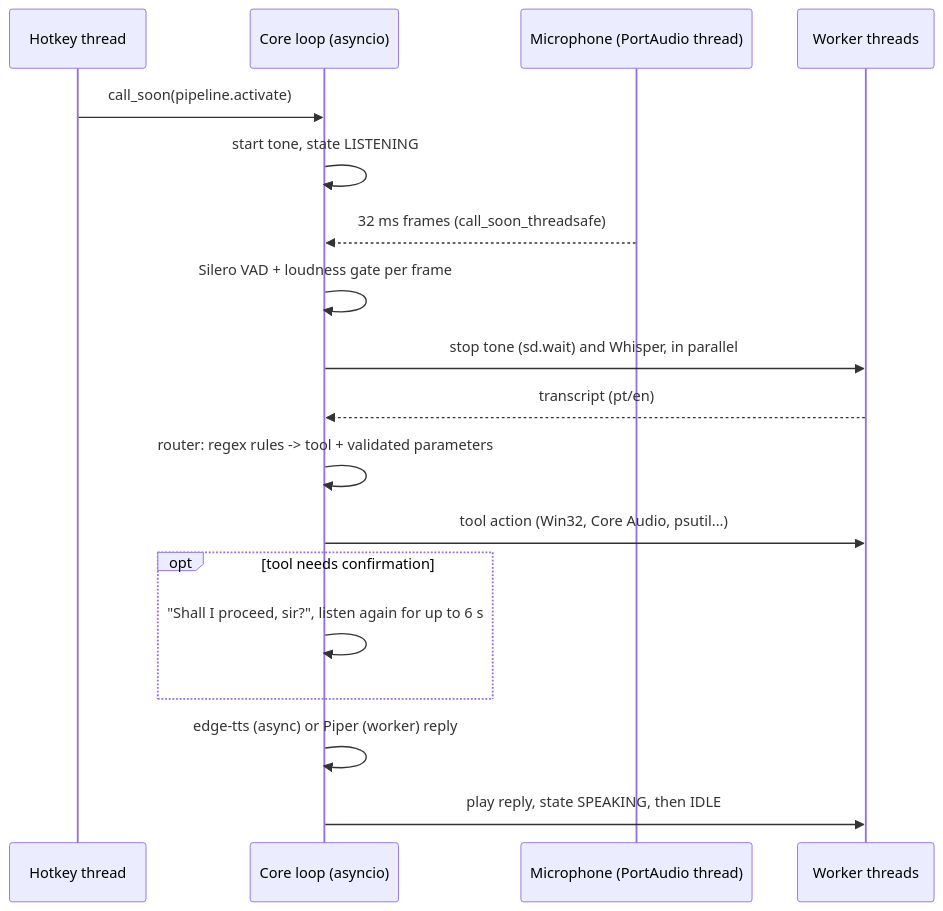
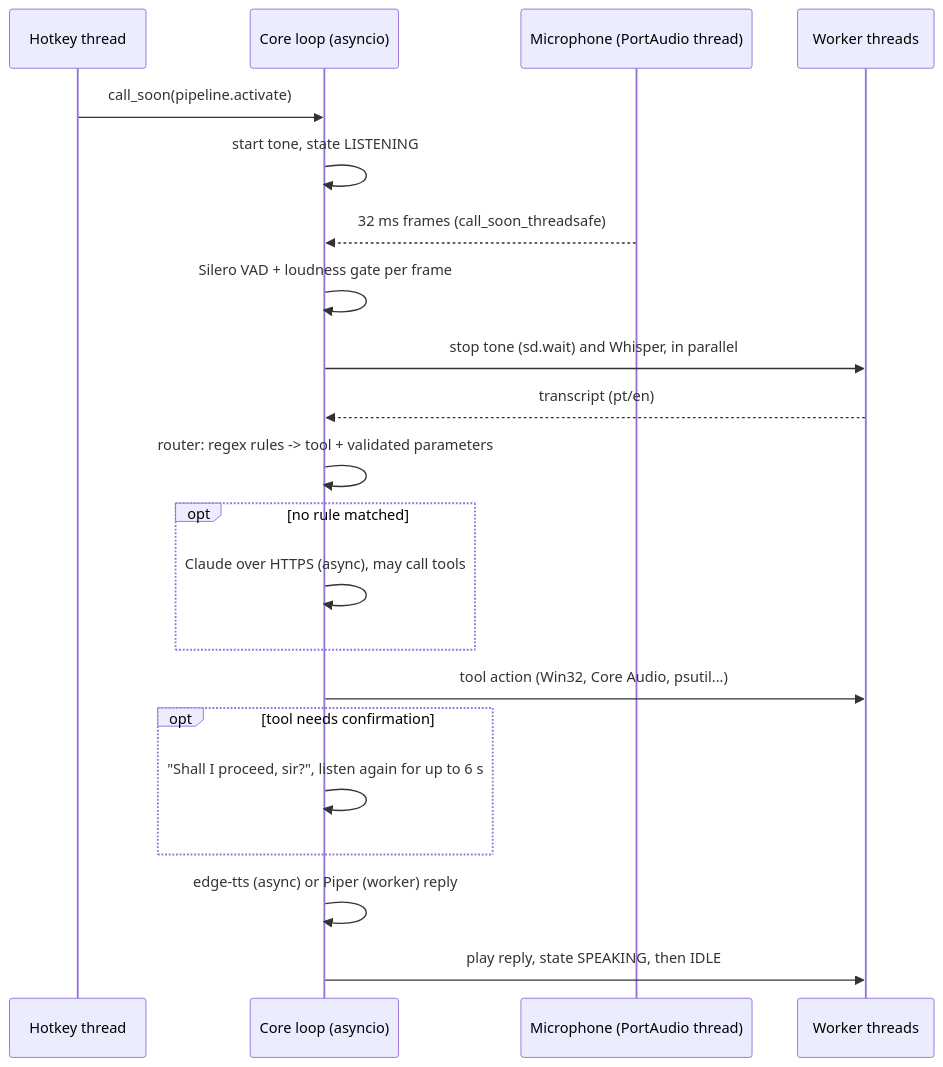
The third of 4 diagrams in docs/ARCHITECTURE.md (VitorCamprubi/jarvis), drawn with Mermaid before and after one commit. The commit also changed other lines of this file and 3 other files, not shown here.

````diff
--- a/docs/ARCHITECTURE.md
+++ b/docs/ARCHITECTURE.md
@@ -62,20 +100,23 @@
 ```mermaid
 sequenceDiagram
     participant K as Hotkey thread
     participant L as Core loop (asyncio)
     participant M as Microphone (PortAudio thread)
     participant W as Worker threads
     K->>L: call_soon(pipeline.activate)
     L->>L: start tone, state LISTENING
     M-->>L: 32 ms frames (call_soon_threadsafe)
     L->>L: Silero VAD + loudness gate per frame
     L->>W: stop tone (sd.wait) and Whisper, in parallel
     W-->>L: transcript (pt/en)
     L->>L: router: regex rules -> tool + validated parameters
+    opt no rule matched
+        L->>L: Claude over HTTPS (async), may call tools
+    end
     L->>W: tool action (Win32, Core Audio, psutil...)
     opt tool needs confirmation
         L->>L: "Shall I proceed, sir?", listen again for up to 6 s
     end
     L->>L: edge-tts (async) or Piper (worker) reply
     L->>W: play reply, state SPEAKING, then IDLE
 ```
````
